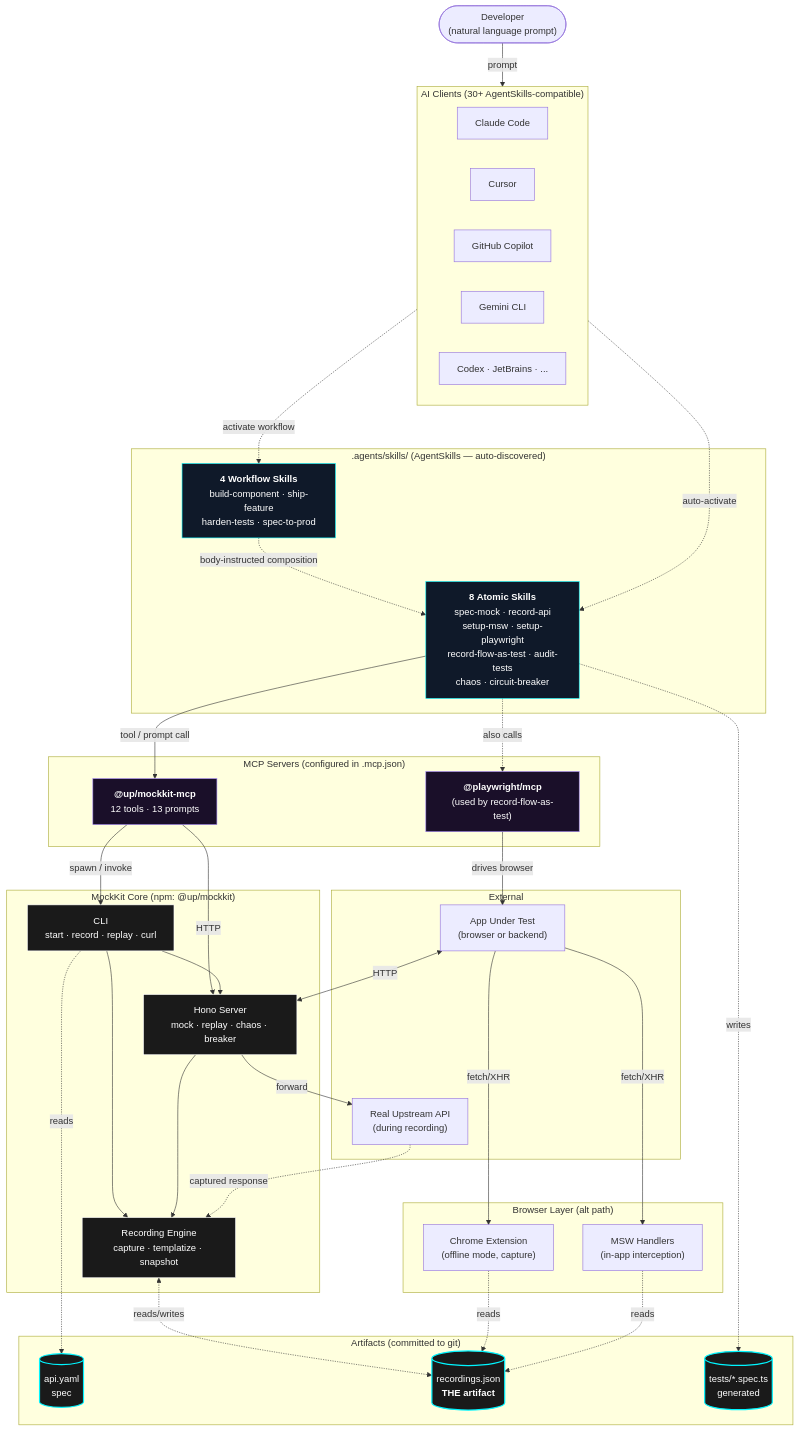
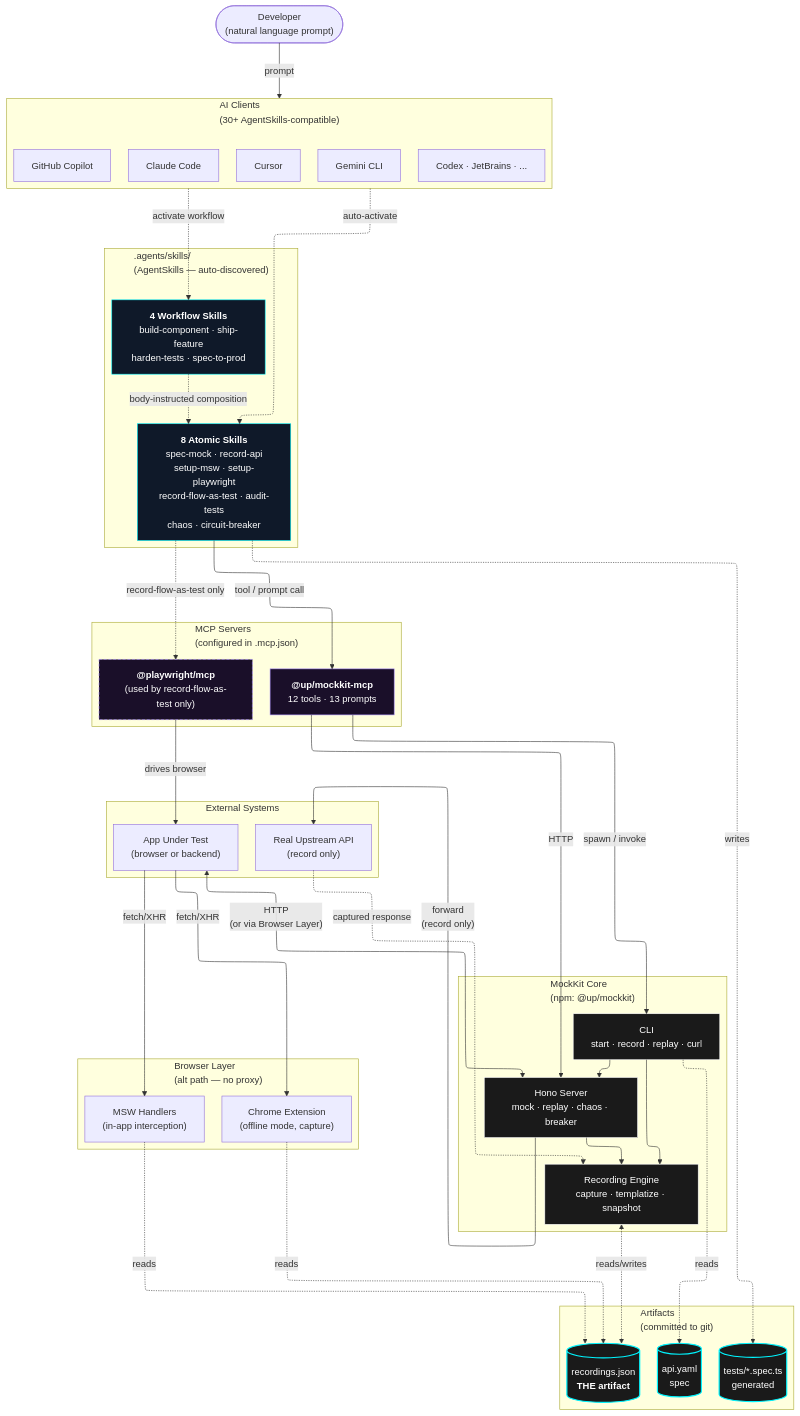
One commit to pallavL01/mockkit-presentation changed the diagram in ARCHITECTURE.md. Above: the diagram before and after it, drawn with Mermaid. The commit also changed other lines of this file, not shown here.

Commit message:
docs: Apply mermaid refinements + invert SVG-first ordering
Three refinements to the mermaid architecture diagram:

- 'Server forward Upstream' → 'forward (record only)' — the arrow is
  only active during mockkit record, not mockkit replay. Reduces
  audience confusion about whether replay still hits upstream.
- 'App ↔ HTTP ↔ Server' → 'HTTP (or via Browser Layer)' — makes the
  alt path explicit instead of leaving the audience to infer it from
  the parallel Browser Layer subgraph.
- 'Atomic also calls PlayMCP' → 'record-flow-as-test only' + new
  mcpAlt class (dashed border on PlayMCP) — signals that only one
  skill uses Playwright MCP, not all atomics.

Adds the layout: elk directive for cleaner routing (with renderer note
about Mermaid v11 requirement and GitHub fallback to dagre).

Inverts ordering: mermaid is now the canonical view (editable in PRs,
diff-friendly), SVG moved to 'render-anywhere fallback' below. Tweaks
all subgraph titles for readability with elk layout (e.g. 'Real
Upstream API (record only)' inside the External subgraph).

````diff
--- a/ARCHITECTURE.md
+++ b/ARCHITECTURE.md
@@ -13,8 +7,12 @@
 ```mermaid
+---
+config:
+  layout: elk
+---
 flowchart TB
     Dev(["Developer<br/>(natural language prompt)"])
 
-    subgraph Clients["AI Clients (30+ AgentSkills-compatible)"]
+    subgraph Clients["AI Clients<br/>(30+ AgentSkills-compatible)"]
         CC["Claude Code"]
         CR["Cursor"]
         GH["GitHub Copilot"]
@@ -22,45 +20,45 @@
         OT["Codex · JetBrains · ..."]
     end
 
-    subgraph Skills[".agents/skills/  (AgentSkills — auto-discovered)"]
+    subgraph Skills[".agents/skills/<br/>(AgentSkills — auto-discovered)"]
         Atomic["<b>8 Atomic Skills</b><br/>spec-mock · record-api<br/>setup-msw · setup-playwright<br/>record-flow-as-test · audit-tests<br/>chaos · circuit-breaker"]
         Workflow["<b>4 Workflow Skills</b><br/>build-component · ship-feature<br/>harden-tests · spec-to-prod"]
     end
 
-    subgraph MCP["MCP Servers (configured in .mcp.json)"]
+    subgraph MCP["MCP Servers<br/>(configured in .mcp.json)"]
         MockMCP["<b>@up/mockkit-mcp</b><br/>12 tools · 13 prompts"]
-        PlayMCP["<b>@playwright/mcp</b><br/>(used by record-flow-as-test)"]
+        PlayMCP["<b>@playwright/mcp</b><br/>(used by record-flow-as-test only)"]
     end
 
-    subgraph Core["MockKit Core  (npm: @up/mockkit)"]
+    subgraph Core["MockKit Core<br/>(npm: @up/mockkit)"]
         CLI["CLI<br/>start · record · replay · curl"]
         Server["Hono Server<br/>mock · replay · chaos · breaker"]
         RecEng["Recording Engine<br/>capture · templatize · snapshot"]
     end
 
-    subgraph Browser["Browser Layer (alt path)"]
+    subgraph Browser["Browser Layer<br/>(alt path — no proxy)"]
         Chrome["Chrome Extension<br/>(offline mode, capture)"]
         MSWH["MSW Handlers<br/>(in-app interception)"]
     end
 
-    subgraph Artifacts["Artifacts (committed to git)"]
+    subgraph Artifacts["Artifacts<br/>(committed to git)"]
         Spec[("api.yaml<br/>spec")]
         Recordings[("recordings.json<br/><b>THE artifact</b>")]
         Tests[("tests/*.spec.ts<br/>generated")]
     end
 
-    subgraph External["External"]
+    subgraph External["External Systems"]
         App["App Under Test<br/>(browser or backend)"]
-        Upstream["Real Upstream API<br/>(during recording)"]
+        Upstream["Real Upstream API<br/>(record only)"]
     end
 
     Dev -->|prompt| Clients
     Clients -.auto-activate.-> Atomic
+    Clients -.activate workflow.-> Workflow
     Workflow -.body-instructed composition.-> Atomic
-    Clients -.activate workflow.-> Workflow
 
     Atomic -->|tool / prompt call| MockMCP
-    Atomic -.also calls.-> PlayMCP
+    Atomic -.record-flow-as-test only.-> PlayMCP
 
     MockMCP -->|spawn / invoke| CLI
     MockMCP -->|HTTP| Server
@@ -71,8 +69,8 @@
     RecEng <-.reads/writes.-> Recordings
     CLI -.reads.-> Spec
 
-    App <-->|HTTP| Server
-    Server -->|forward| Upstream
+    App <-->|"HTTP<br/>(or via Browser Layer)"| Server
+    Server -->|"forward<br/>(record only)"| Upstream
     Upstream -.captured response.-> RecEng
 
     App -->|fetch/XHR| Chrome
@@ -86,9 +84,11 @@
     classDef artifact fill:#1a1a1a,stroke:#00F5FF,stroke-width:2px,color:#fff
     classDef skill fill:#0f1929,stroke:#00F5FF,stroke-width:1px,color:#fff
     classDef mcp fill:#1a0f29,stroke:#A78BFA,stroke-width:1px,color:#fff
+    classDef mcpAlt fill:#1a0f29,stroke:#A78BFA,stroke-width:1px,color:#fff,stroke-dasharray: 5 3
     classDef core fill:#1a1a1a,stroke:#fff,stroke-width:1px,color:#fff
     class Spec,Recordings,Tests artifact
     class Atomic,Workflow skill
-    class MockMCP,PlayMCP mcp
+    class MockMCP mcp
+    class PlayMCP mcpAlt
     class CLI,Server,RecEng core
 ```
````
